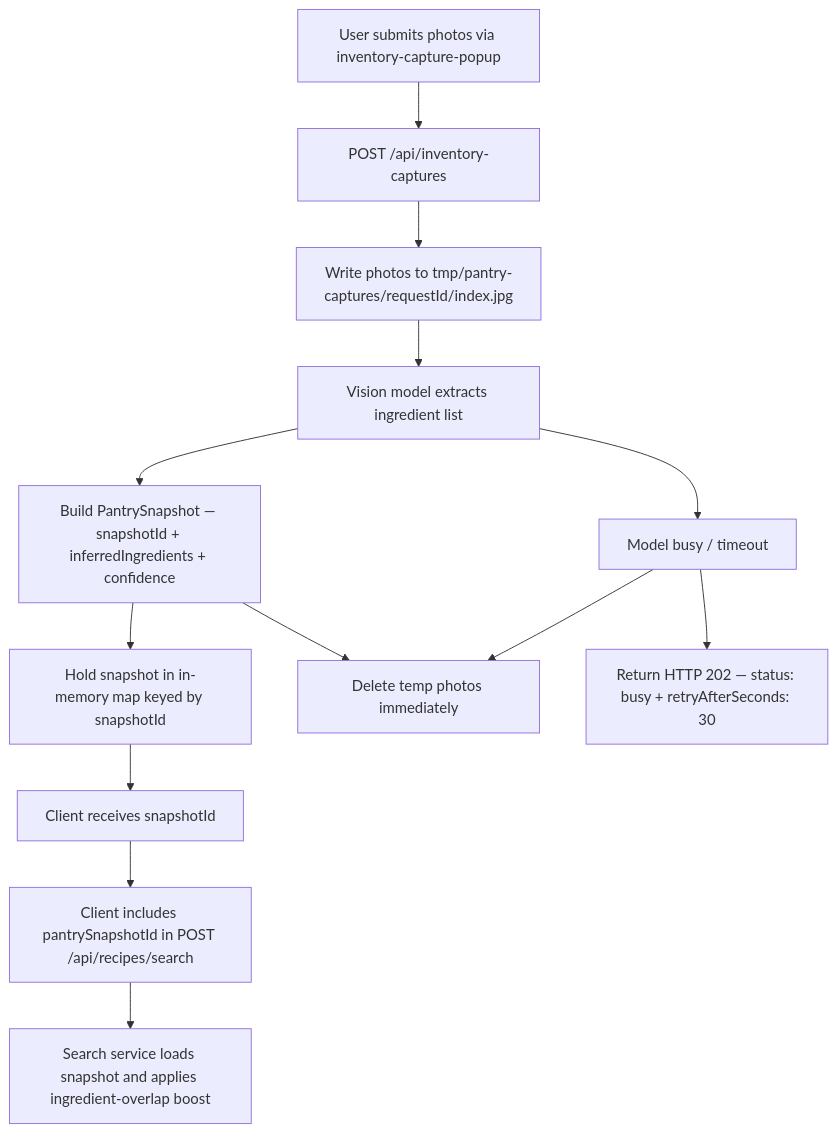
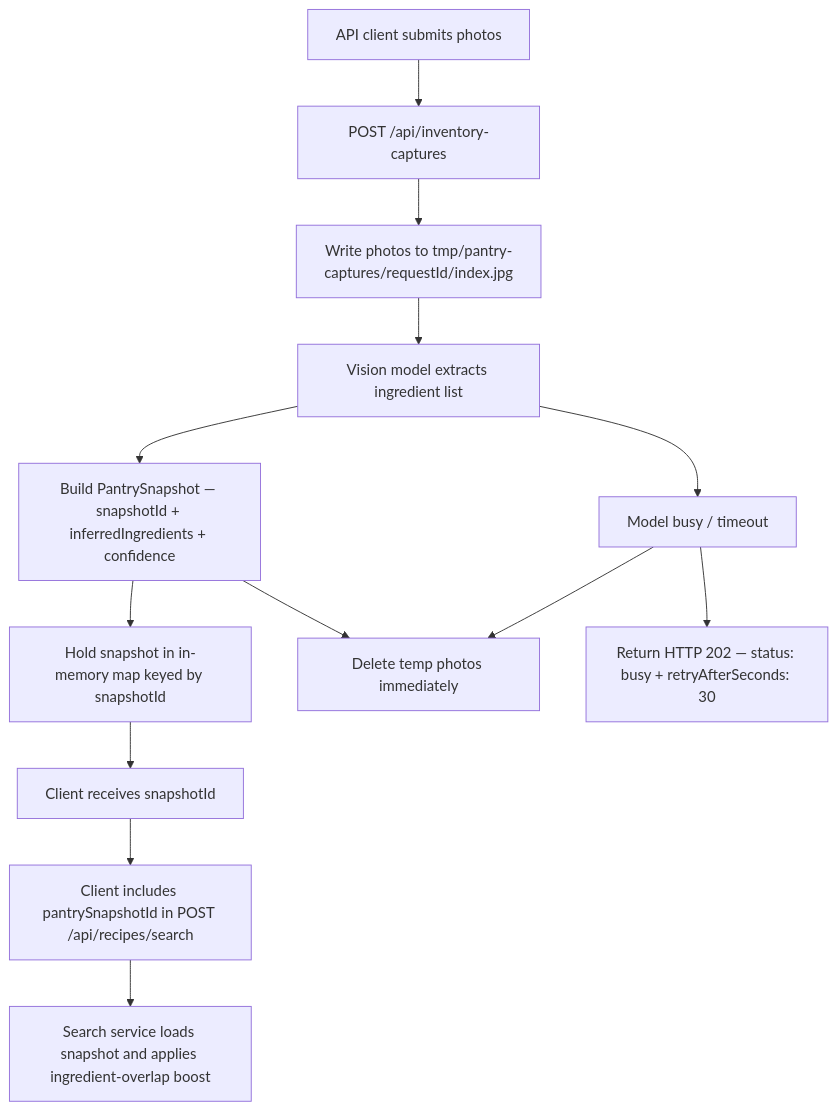
One commit to AlexandreBrisebois/whats-for-supper changed the second of 8 diagrams in docs/flows/data-flows/recipe-search-index-and-recovery.md. Above: the diagram before and after it, drawn with Mermaid. The commit also changed other lines of this file and 34 other files, not shown here.

````diff
--- a/docs/flows/data-flows/recipe-search-index-and-recovery.md
+++ b/docs/flows/data-flows/recipe-search-index-and-recovery.md
@@ -128,16 +128,16 @@
 ```mermaid
 flowchart TD
-    A[User submits photos via inventory-capture-popup] --> B[POST /api/inventory-captures]
+    A[API client submits photos] --> B[POST /api/inventory-captures]
     B --> C[Write photos to tmp/pantry-captures/requestId/index.jpg]
     C --> D[Vision model extracts ingredient list]
     D --> E[Build PantrySnapshot — snapshotId + inferredIngredients + confidence]
     E --> F[Hold snapshot in in-memory map keyed by snapshotId]
     E --> G[Delete temp photos immediately]
     F --> H[Client receives snapshotId]
     H --> I[Client includes pantrySnapshotId in POST /api/recipes/search]
     I --> J[Search service loads snapshot and applies ingredient-overlap boost]
 
     D --> K[Model busy / timeout]
     K --> G
     K --> L[Return HTTP 202 — status: busy + retryAfterSeconds: 30]
 ```
````
